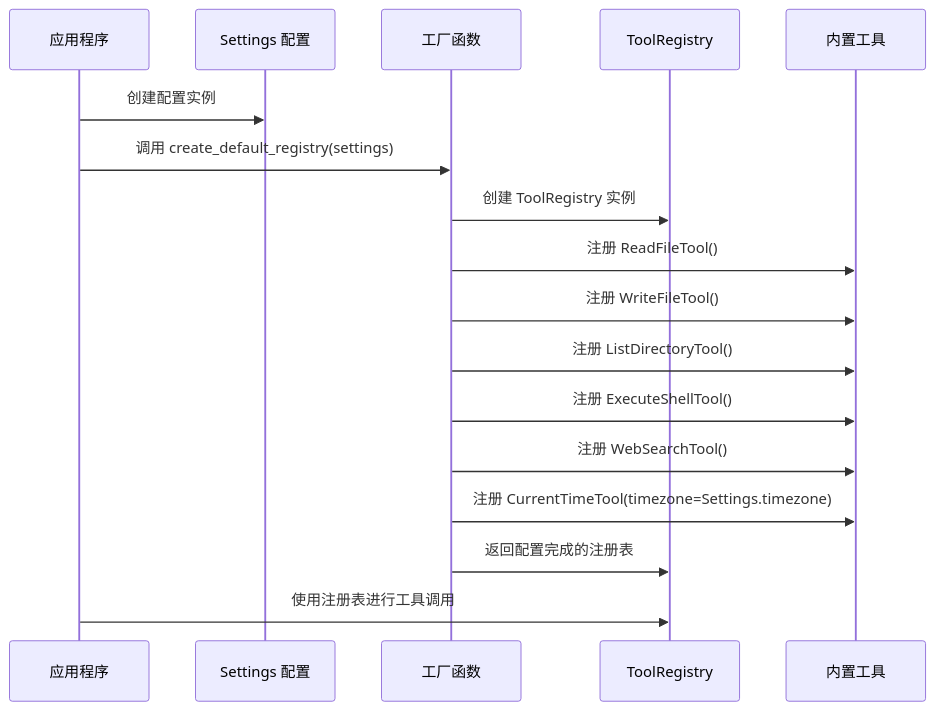
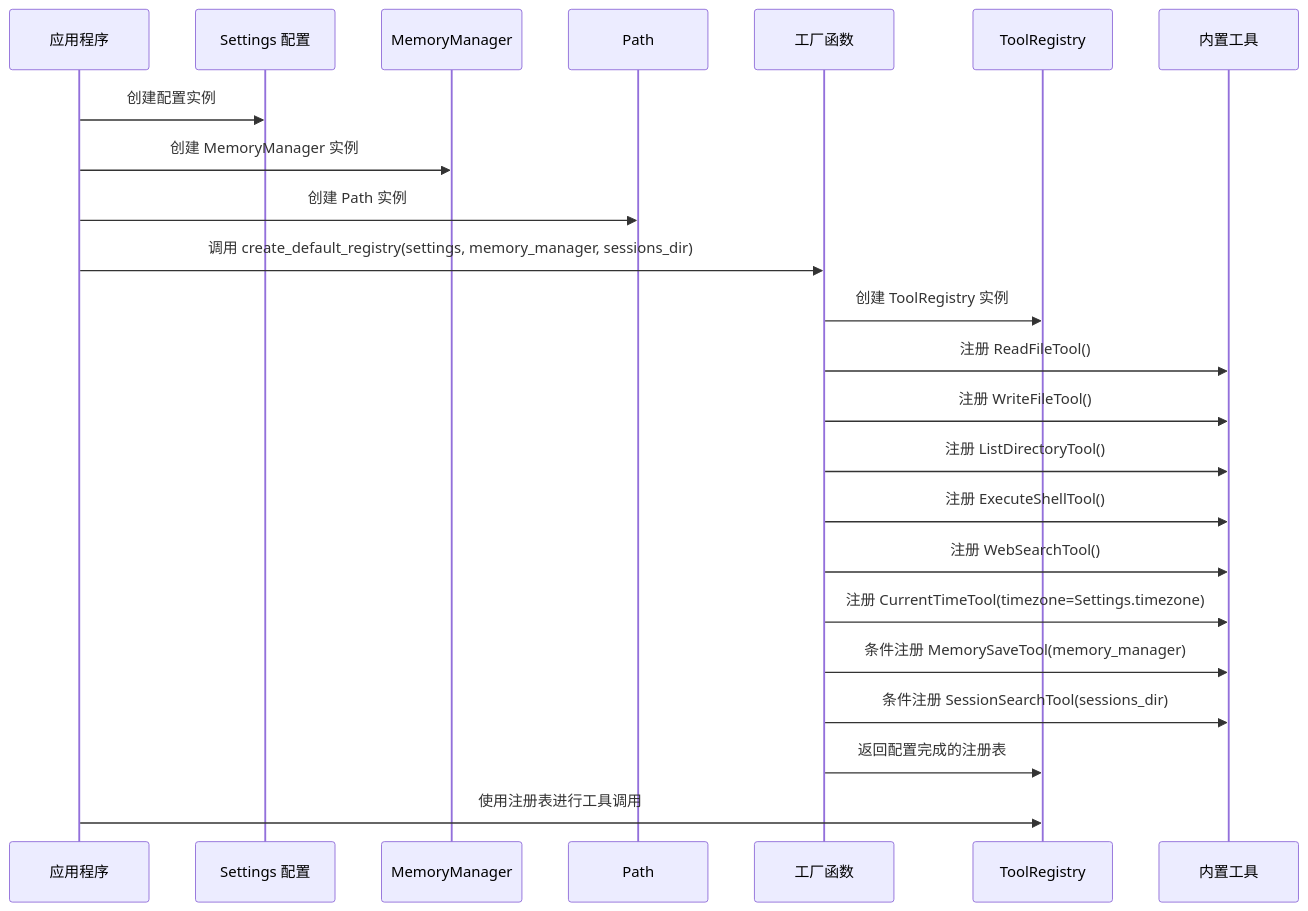
Before and after one commit to 250shiwo/MySmallAgent: the eighth of 11 diagrams in .qoder/repowiki/zh/content/核心模块详解/工具系统架构.md, drawn with Mermaid. The commit also changed other lines of this file and 41 other files, not shown here.

````diff
--- a/.qoder/repowiki/zh/content/核心模块详解/工具系统架构.md
+++ b/.qoder/repowiki/zh/content/核心模块详解/工具系统架构.md
@@ -505,19 +612,25 @@
 ```mermaid
 sequenceDiagram
 participant App as 应用程序
 participant Settings as Settings 配置
+participant MemoryManager as MemoryManager
+participant SessionsDir as Path
 participant Factory as 工厂函数
 participant Registry as ToolRegistry
 participant Tools as 内置工具
 App->>Settings : 创建配置实例
-App->>Factory : 调用 create_default_registry(settings)
+App->>MemoryManager : 创建 MemoryManager 实例
+App->>SessionsDir : 创建 Path 实例
+App->>Factory : 调用 create_default_registry(settings, memory_manager, sessions_dir)
 Factory->>Registry : 创建 ToolRegistry 实例
 Factory->>Tools : 注册 ReadFileTool()
 Factory->>Tools : 注册 WriteFileTool()
 Factory->>Tools : 注册 ListDirectoryTool()
 Factory->>Tools : 注册 ExecuteShellTool()
 Factory->>Tools : 注册 WebSearchTool()
 Factory->>Tools : 注册 CurrentTimeTool(timezone=Settings.timezone)
+Factory->>Tools : 条件注册 MemorySaveTool(memory_manager)
+Factory->>Tools : 条件注册 SessionSearchTool(sessions_dir)
 Factory->>Registry : 返回配置完成的注册表
 App->>Registry : 使用注册表进行工具调用
 ```
````
